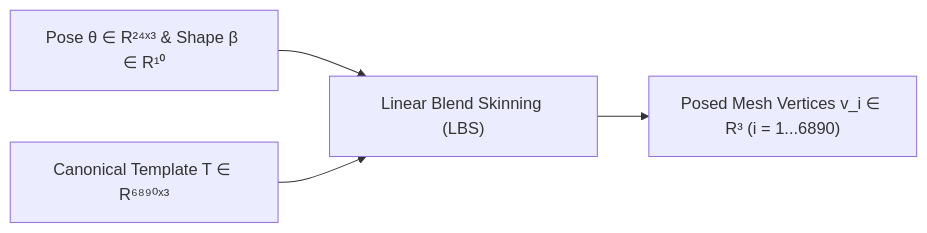
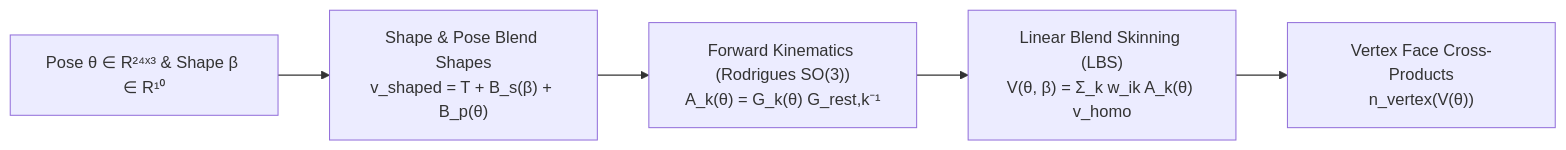
One commit to TienDat8605/DiffNorm-Contact-HMR changed the first of 5 diagrams in documents/md/notes/02_diffnorm_mathematical_foundations.md. Above: the diagram before and after it, drawn with Mermaid. The commit also changed other lines of this file and 16 other files, not shown here.

````diff
--- a/documents/md/notes/02_diffnorm_mathematical_foundations.md
+++ b/documents/md/notes/02_diffnorm_mathematical_foundations.md
@@ -34,6 +29,7 @@
 ```mermaid
 flowchart LR
-    Params["Pose θ ∈ R²⁴ˣ³ & Shape β ∈ R¹⁰"] --> LBS["Linear Blend Skinning (LBS)"]
-    Template["Canonical Template T ∈ R⁶⁸⁹⁰ˣ³"] --> LBS
-    LBS --> Verts["Posed Mesh Vertices v_i ∈ R³ (i = 1...6890)"]
+    Params["Pose θ ∈ R²⁴ˣ³ & Shape β ∈ R¹⁰"] --> Blend["Shape & Pose Blend Shapes\nv_shaped = T + B_s(β) + B_p(θ)"]
+    Blend --> FK["Forward Kinematics (Rodrigues SO(3))\nA_k(θ) = G_k(θ) G_rest,k⁻¹"]
+    FK --> LBS["Linear Blend Skinning (LBS)\nV(θ, β) = Σ_k w_ik A_k(θ) v_homo"]
+    LBS --> Normals["Vertex Face Cross-Products\nn_vertex(V(θ))"]
 ```
````
